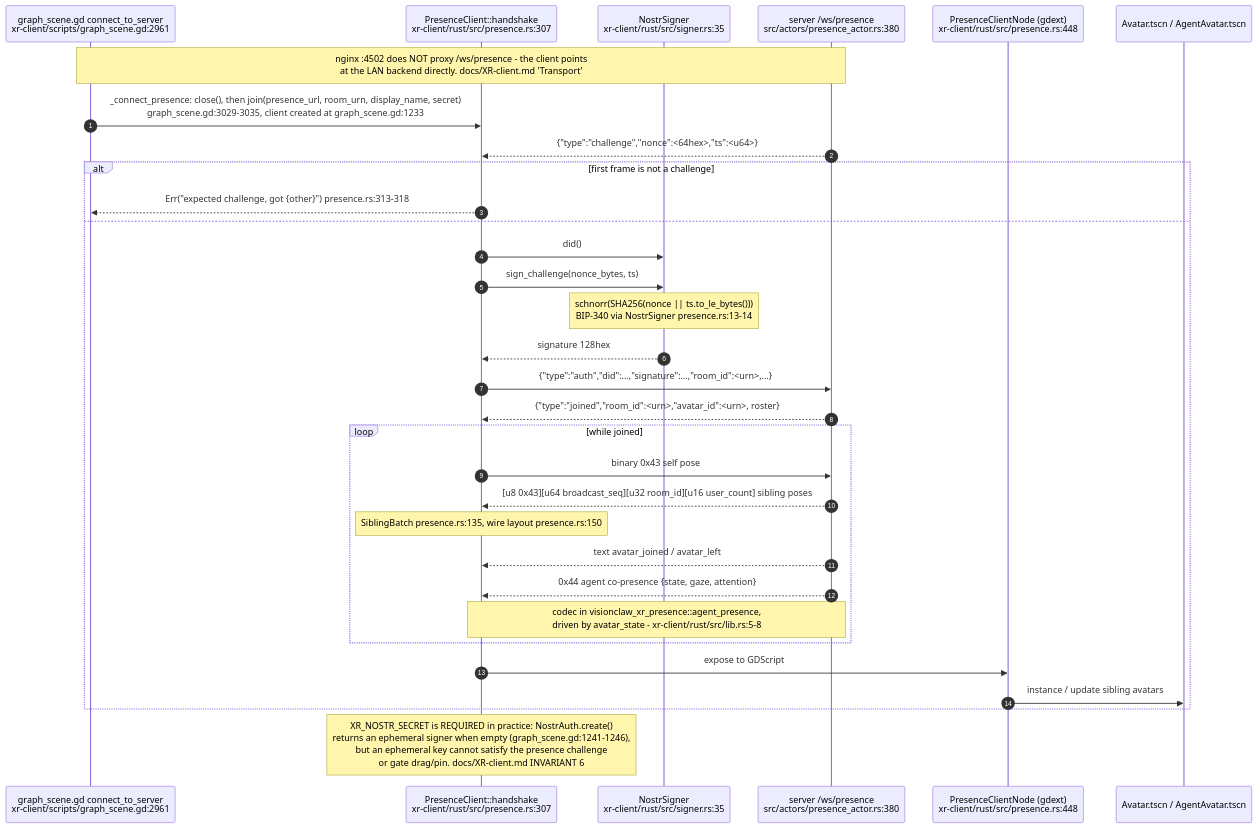
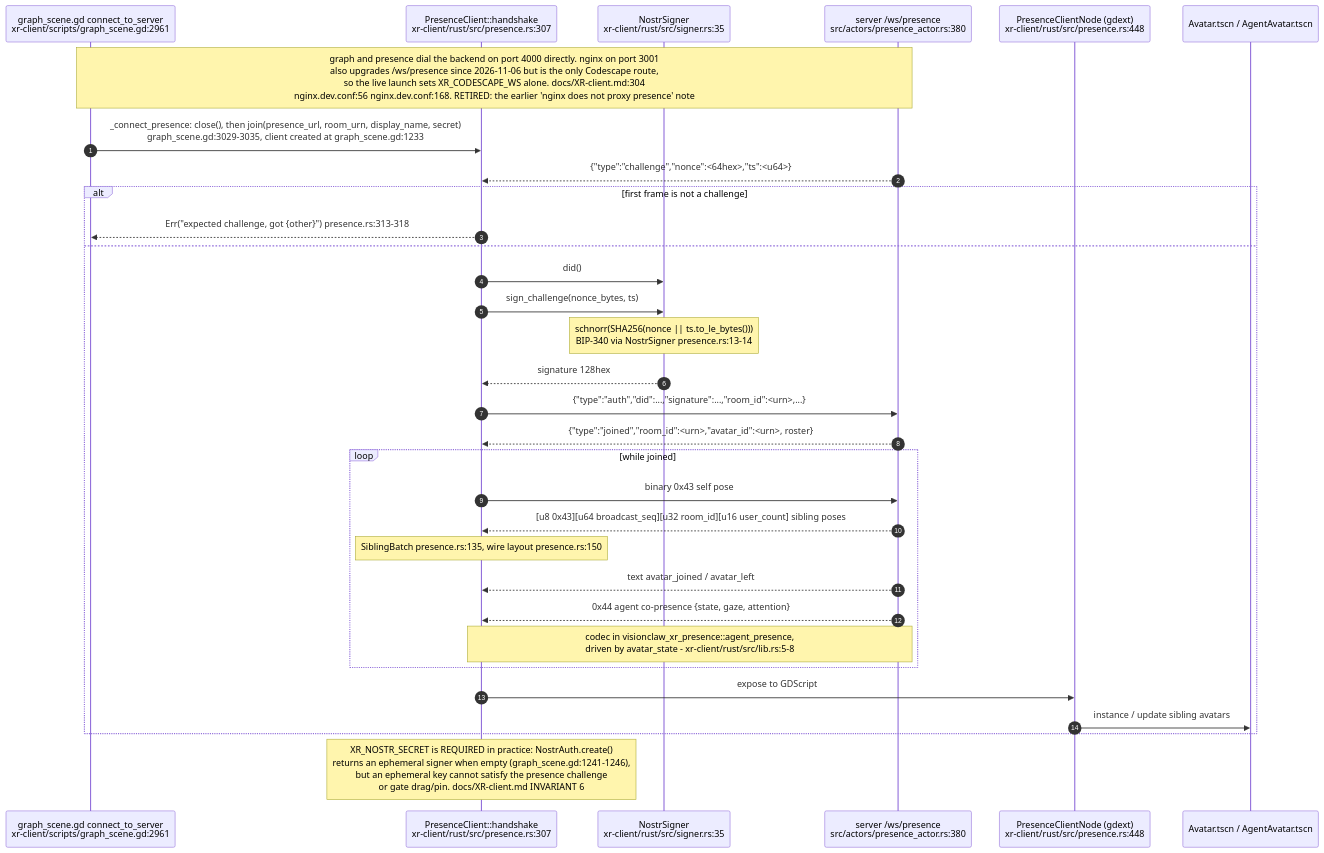
Before and after one commit to DreamLab-AI/VisionFlow: the tenth of 30 diagrams in docs/diagrams/visionclaw/36-godot-xr-client.md, drawn with Mermaid. The commit also changed other lines of this file and 46 other files, not shown here.

Commit message:
docs(diagrams): re-verify VisionClaw topics at 809a859aa/a950f4d80 after the consolidation pass

````diff
--- a/docs/diagrams/visionclaw/36-godot-xr-client.md
+++ b/docs/diagrams/visionclaw/36-godot-xr-client.md
@@ -581,35 +595,35 @@
 ```mermaid
 sequenceDiagram
     autonumber
     participant GS as graph_scene.gd connect_to_server<br/>xr-client/scripts/graph_scene.gd:2961
     participant PC as PresenceClient::handshake<br/>xr-client/rust/src/presence.rs:307
     participant SG as NostrSigner<br/>xr-client/rust/src/signer.rs:35
     participant SV as server /ws/presence<br/>src/actors/presence_actor.rs:380
     participant PN as PresenceClientNode (gdext)<br/>xr-client/rust/src/presence.rs:448
     participant AV as Avatar.tscn / AgentAvatar.tscn
 
-    Note over GS,SV: nginx :4502 does NOT proxy /ws/presence - the client points<br/>at the LAN backend directly. docs/XR-client.md 'Transport'
+    Note over GS,SV: graph and presence dial the backend on port 4000 directly. nginx on port 3001<br/>also upgrades /ws/presence since 2026-11-06 but is the only Codescape route,<br/>so the live launch sets XR_CODESCAPE_WS alone. docs/XR-client.md:304<br/>nginx.dev.conf:56 nginx.dev.conf:168. RETIRED: the earlier 'nginx does not proxy presence' note
     GS->>PC: _connect_presence: close(), then join(presence_url, room_urn, display_name, secret)<br/>graph_scene.gd:3029-3035, client created at graph_scene.gd:1233
     SV-->>PC: {"type":"challenge","nonce":<64hex>,"ts":<u64>}
     alt first frame is not a challenge
         PC-->>GS: Err("expected challenge, got {other}") presence.rs:313-318
     else
         PC->>SG: did()
         PC->>SG: sign_challenge(nonce_bytes, ts)
         Note over SG: schnorr(SHA256(nonce || ts.to_le_bytes()))<br/>BIP-340 via NostrSigner presence.rs:13-14
         SG-->>PC: signature 128hex
         PC->>SV: {"type":"auth","did":...,"signature":...,"room_id":<urn>,...}
         SV-->>PC: {"type":"joined","room_id":<urn>,"avatar_id":<urn>, roster}
         loop while joined
             PC->>SV: binary 0x43 self pose
             SV-->>PC: [u8 0x43][u64 broadcast_seq][u32 room_id][u16 user_count] sibling poses
             Note over PC: SiblingBatch presence.rs:135, wire layout presence.rs:150
             SV-->>PC: text avatar_joined / avatar_left
             SV-->>PC: 0x44 agent co-presence {state, gaze, attention}
             Note over SV,PC: codec in visionclaw_xr_presence::agent_presence,<br/>driven by avatar_state - xr-client/rust/src/lib.rs:5-8
         end
         PC->>PN: expose to GDScript
         PN->>AV: instance / update sibling avatars
     end
     Note over PC: XR_NOSTR_SECRET is REQUIRED in practice: NostrAuth.create()<br/>returns an ephemeral signer when empty (graph_scene.gd:1241-1246),<br/>but an ephemeral key cannot satisfy the presence challenge<br/>or gate drag/pin. docs/XR-client.md INVARIANT 6
 ```
````
